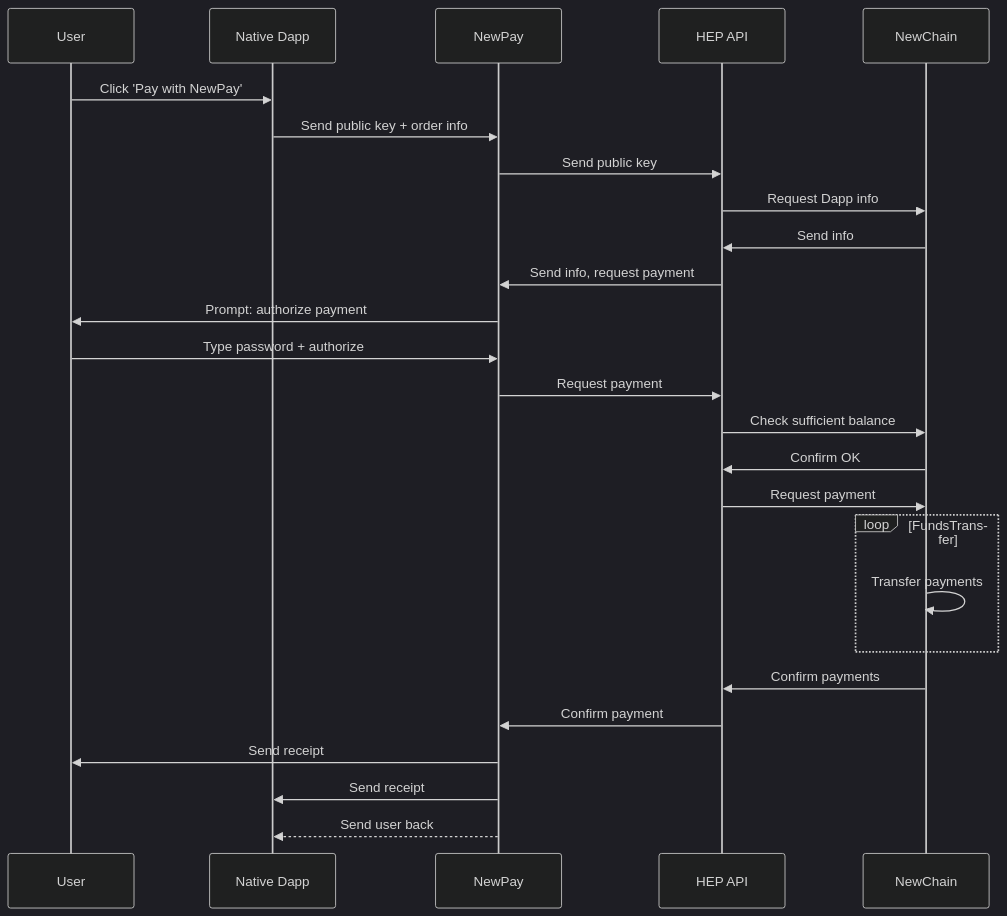
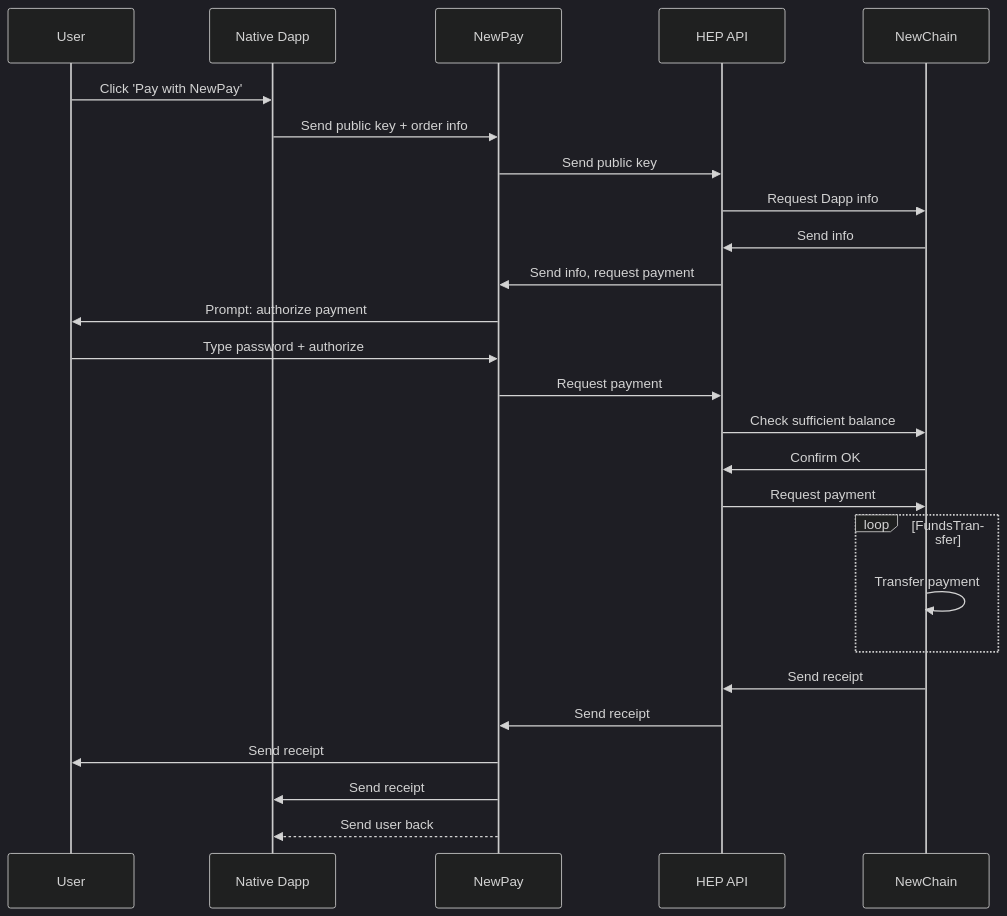
The diagram in payment_process.md (newtonproject/HEP-specification), drawn with Mermaid (dark theme) before and after one commit. The commit also changed 1 other file, not shown here.

Commit message:
Fixes and wording

````diff
--- a/payment_process.md
+++ b/payment_process.md
@@ -13,29 +13,29 @@
 ```mermaid
 sequenceDiagram;
     participant User;
     participant Native Dapp;
 	participant NewPay;
 	participant HEP API;
 	participant NewChain;
 
     User->>Native Dapp: Click 'Pay with NewPay';
 	Native Dapp->>NewPay: Send public key + order info;
 	NewPay->>HEP API: Send public key;
 	HEP API->>NewChain: Request Dapp info;
 	NewChain->>HEP API: Send info;
 	HEP API->>NewPay: Send info, request payment;
 	NewPay->> User: Prompt: authorize payment;
 	User->>NewPay: Type password + authorize;
 	NewPay->>HEP API: Request payment;
 	HEP API->>NewChain: Check sufficient balance;
 	NewChain->>HEP API: Confirm OK
 	HEP API->>NewChain: Request payment;
 loop FundsTransfer;
-        NewChain->>NewChain: Transfer payments;
+        NewChain->>NewChain: Transfer payment;
 	end;
-	NewChain->>HEP API: Confirm payments;
-	HEP API->>NewPay: Confirm payment;
+	NewChain->>HEP API: Send receipt;
+	HEP API->>NewPay: Send receipt;
 	NewPay->>User: Send receipt;
 	NewPay->>Native Dapp: Send receipt;
 	NewPay-->>Native Dapp: Send user back;
 ```
````
